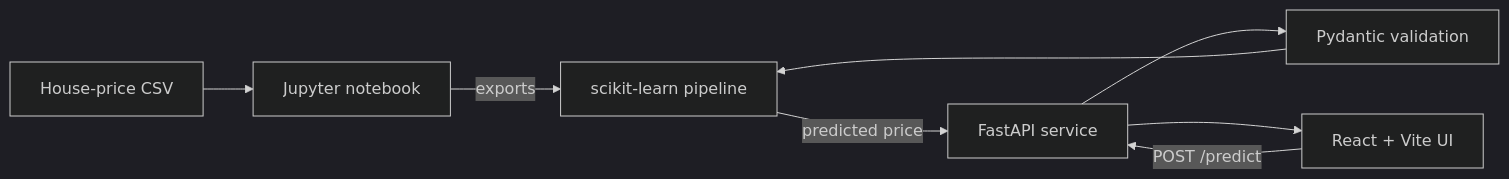
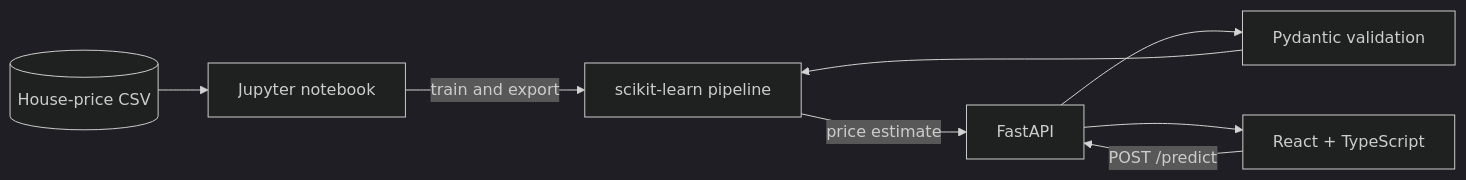
Before and after one commit to Nour-Elrouby/House-Price-Prediction: the diagram in README.md, drawn with Mermaid (dark theme). The commit also changed other lines of this file and 1 other file, not shown here.

````diff
--- a/README.md
+++ b/README.md
@@ -10,10 +42,10 @@
 ```mermaid
 flowchart LR
-    D[House-price CSV] --> N[Jupyter notebook]
-    N -->|exports| M[scikit-learn pipeline]
-    U[React + Vite UI] -->|POST /predict| A[FastAPI service]
-    A --> V[Pydantic validation]
-    V --> M
-    M -->|predicted price| A
-    A --> U
+    CSV[(House-price CSV)] --> NB[Jupyter notebook]
+    NB -->|train and export| MODEL[scikit-learn pipeline]
+    UI[React + TypeScript] -->|POST /predict| API[FastAPI]
+    API --> VALIDATE[Pydantic validation]
+    VALIDATE --> MODEL
+    MODEL -->|price estimate| API
+    API --> UI
 ```
````
